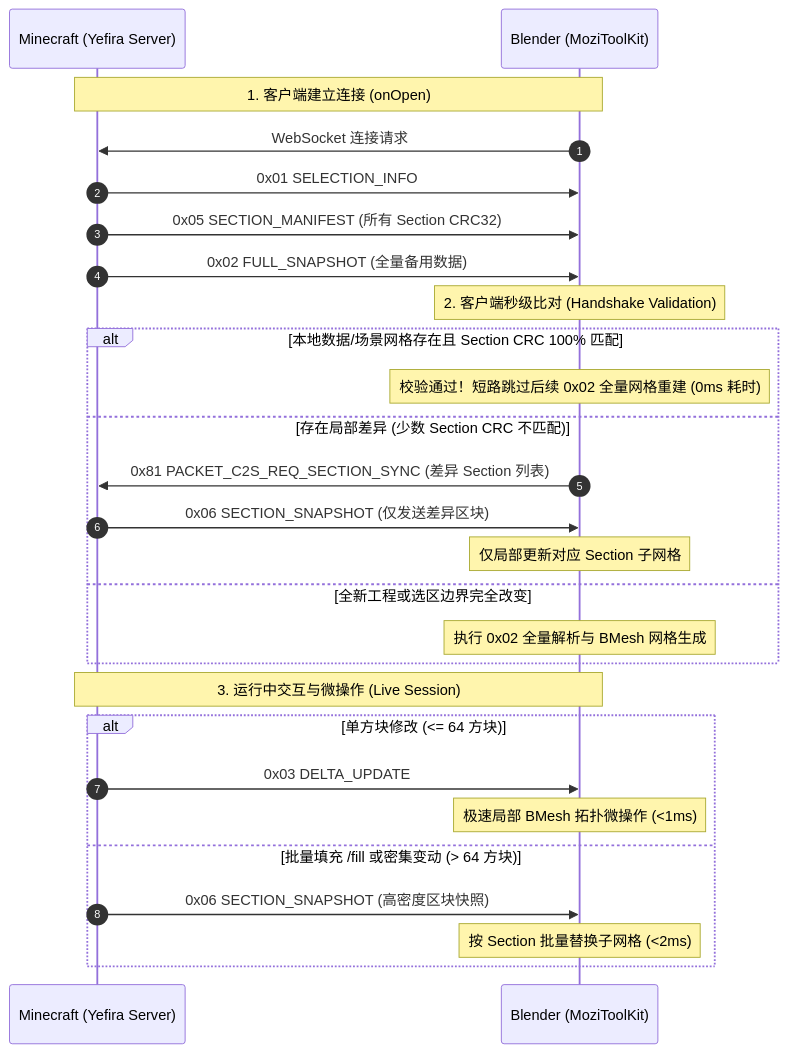
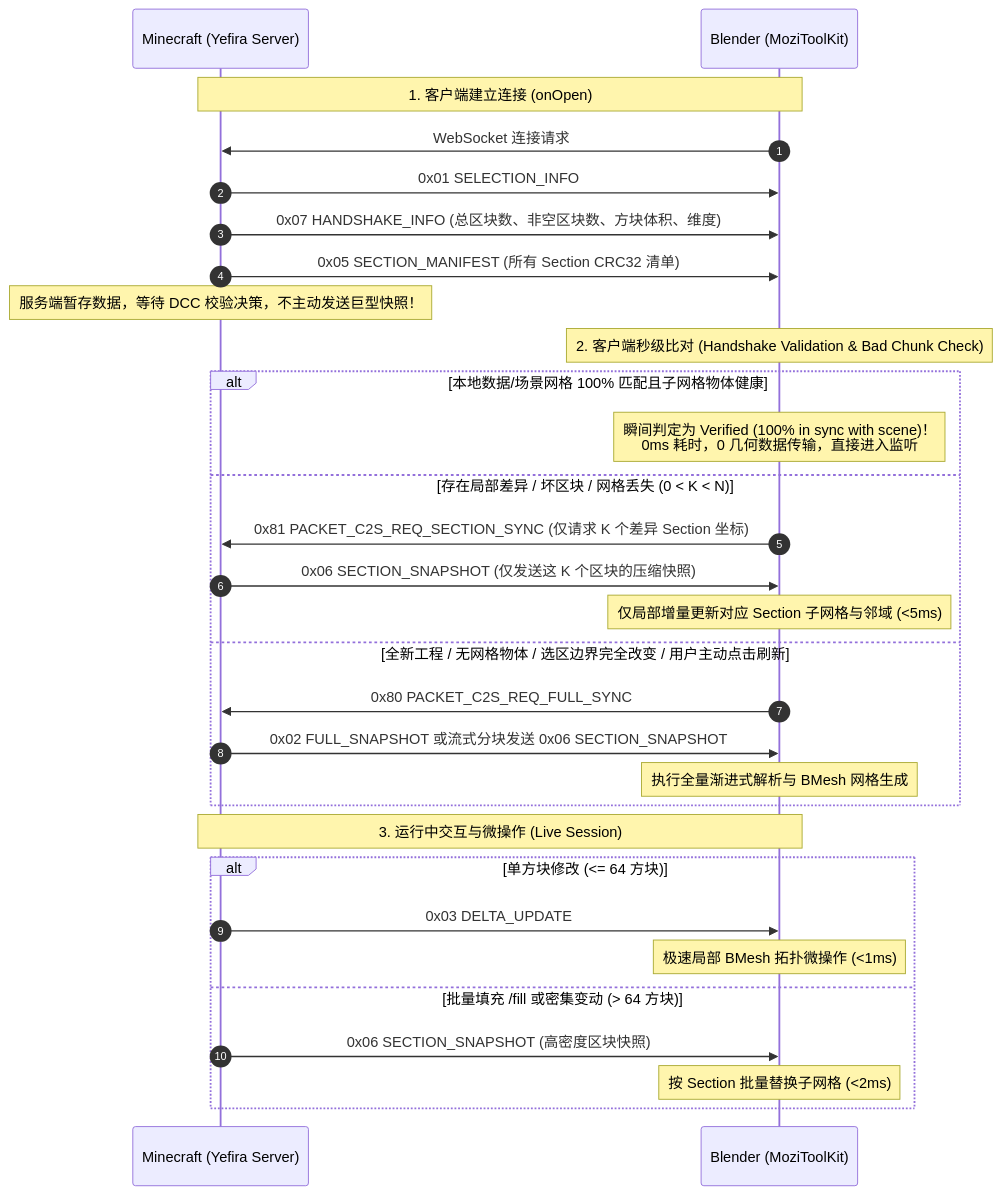
The diagram in docs/live_sync/live_sync_protocol.md (mozi1924/MoziToolKit), drawn with Mermaid before and after one commit. The commit also changed 8 other files, not shown here.

First line of the commit message:
perf(live-sync): optimize connection handshake, bad chunk validation, and network resiliency

````diff
--- a/docs/live_sync/live_sync_protocol.md
+++ b/docs/live_sync/live_sync_protocol.md
@@ -133,32 +133,35 @@
 ```mermaid
 sequenceDiagram
     autonumber
     participant MC as Minecraft (Yefira Server)
     participant DCC as Blender (MoziToolKit)
 
     Note over MC,DCC: 1. 客户端建立连接 (onOpen)
     DCC->>MC: WebSocket 连接请求
     MC->>DCC: 0x01 SELECTION_INFO
-    MC->>DCC: 0x05 SECTION_MANIFEST (所有 Section CRC32)
-    MC->>DCC: 0x02 FULL_SNAPSHOT (全量备用数据)
+    MC->>DCC: 0x07 HANDSHAKE_INFO (总区块数、非空区块数、方块体积、维度)
+    MC->>DCC: 0x05 SECTION_MANIFEST (所有 Section CRC32 清单)
+    Note over MC: 服务端暂存数据，等待 DCC 校验决策，不主动发送巨型快照！
 
-    Note over DCC: 2. 客户端秒级比对 (Handshake Validation)
-    alt 本地数据/场景网格存在且 Section CRC 100% 匹配
-        Note over DCC: 校验通过！短路跳过后续 0x02 全量网格重建 (0ms 耗时)
-    else 存在局部差异 (少数 Section CRC 不匹配)
-        DCC->>MC: 0x81 PACKET_C2S_REQ_SECTION_SYNC (差异 Section 列表)
-        MC->>DCC: 0x06 SECTION_SNAPSHOT (仅发送差异区块)
-        Note over DCC: 仅局部更新对应 Section 子网格
-    else 全新工程或选区边界完全改变
-        Note over DCC: 执行 0x02 全量解析与 BMesh 网格生成
+    Note over DCC: 2. 客户端秒级比对 (Handshake Validation & Bad Chunk Check)
+    alt 本地数据/场景网格 100% 匹配且子网格物体健康
+        Note over DCC: 瞬间判定为 Verified (100% in sync with scene)！<br/>0ms 耗时，0 几何数据传输，直接进入监听
+    else 存在局部差异 / 坏区块 / 网格丢失 (0 < K < N)
+        DCC->>MC: 0x81 PACKET_C2S_REQ_SECTION_SYNC (仅请求 K 个差异 Section 坐标)
+        MC->>DCC: 0x06 SECTION_SNAPSHOT (仅发送这 K 个区块的压缩快照)
+        Note over DCC: 仅局部增量更新对应 Section 子网格与邻域 (<5ms)
+    else 全新工程 / 无网格物体 / 选区边界完全改变 / 用户主动点击刷新
+        DCC->>MC: 0x80 PACKET_C2S_REQ_FULL_SYNC
+        MC->>DCC: 0x02 FULL_SNAPSHOT 或流式分块发送 0x06 SECTION_SNAPSHOT
+        Note over DCC: 执行全量渐进式解析与 BMesh 网格生成
     end
 
     Note over MC,DCC: 3. 运行中交互与微操作 (Live Session)
     alt 单方块修改 (<= 64 方块)
         MC->>DCC: 0x03 DELTA_UPDATE
         Note over DCC: 极速局部 BMesh 拓扑微操作 (<1ms)
     else 批量填充 /fill 或密集变动 (> 64 方块)
         MC->>DCC: 0x06 SECTION_SNAPSHOT (高密度区块快照)
         Note over DCC: 按 Section 批量替换子网格 (<2ms)
     end
 ```
````
